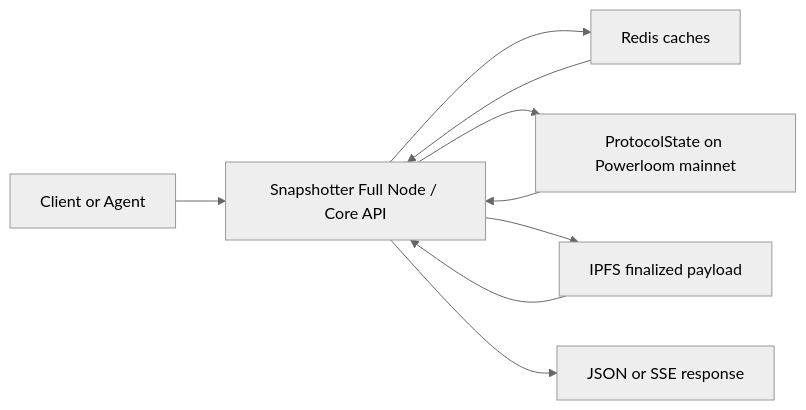
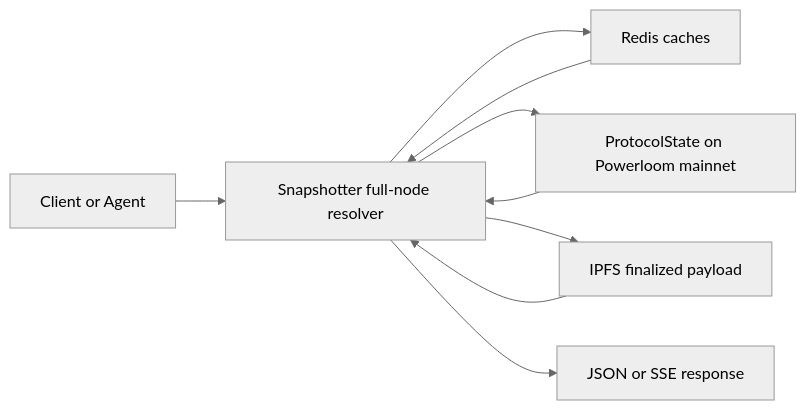
The diagram in docs/bds-data-market/snapshotter-full-node-as-resolver.md (powerloom/docs), drawn with Mermaid (neutral theme) before and after one commit. The commit also changed other lines of this file and 9 other files, not shown here.

````diff
--- a/docs/bds-data-market/snapshotter-full-node-as-resolver.md
+++ b/docs/bds-data-market/snapshotter-full-node-as-resolver.md
@@ -23,12 +25,12 @@
 ```mermaid
 flowchart LR
-    C[Client or Agent] --> API["Snapshotter Full Node / Core API"]
+    C[Client or Agent] --> API["Snapshotter full-node resolver"]
     API --> R["Redis caches"]
     API --> PS["ProtocolState on Powerloom mainnet"]
     API --> IPFS["IPFS finalized payload"]
     API --> OUT["JSON or SSE response"]
 
     PS --> API
     R --> API
     IPFS --> API
 ```
````
